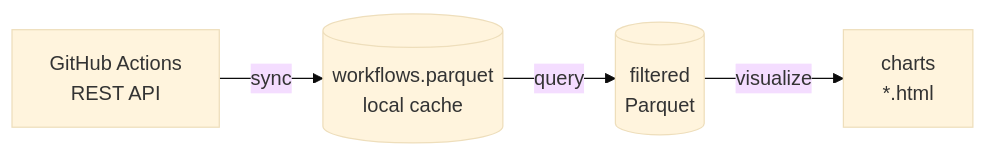
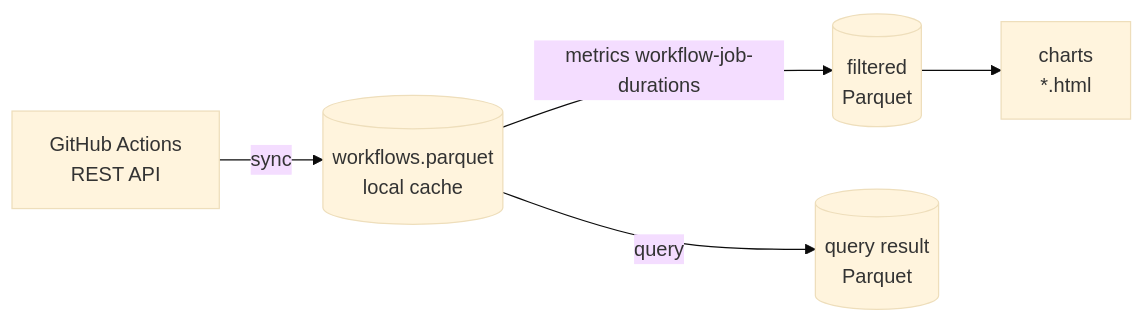
The first of 7 diagrams in README.md (efendi54/cimon), drawn with Mermaid (base theme) before and after one commit. The commit also changed other lines of this file and 15 other files, not shown here.

````diff
--- a/README.md
+++ b/README.md
@@ -29,6 +39,7 @@
 ```mermaid
 flowchart LR
     A["GitHub Actions<br>REST API"] -->|"sync"| B[("workflows.parquet<br>local cache")]
-    B -->|"query"| C[("filtered<br>Parquet")]
-    C -->|"visualize"| D["charts<br>*.html"]
+    B -->|"metrics workflow-job-durations"| C[("filtered<br>Parquet")]
+    C --> D["charts<br>*.html"]
+    B -->|"query"| E[("query result<br>Parquet")]
 ```
````
